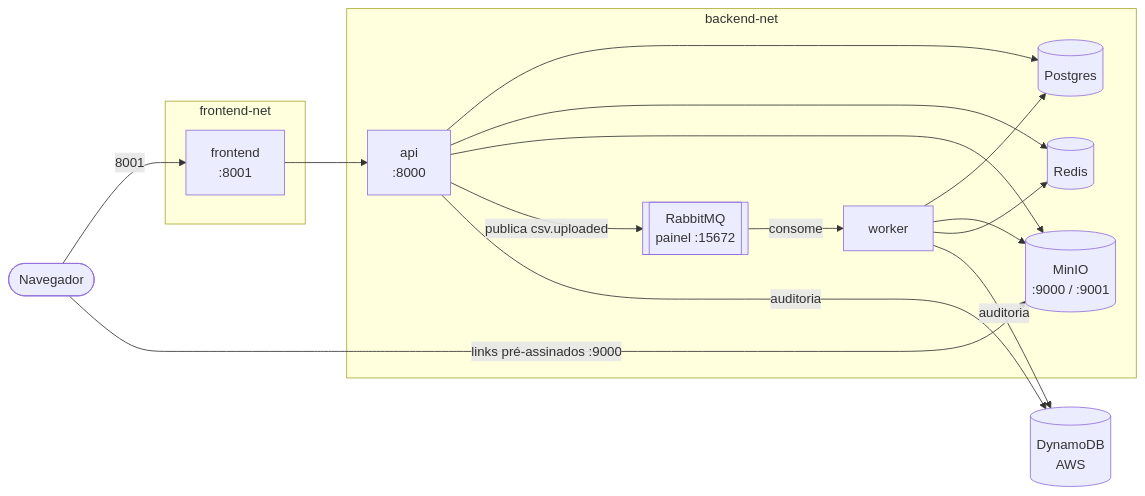
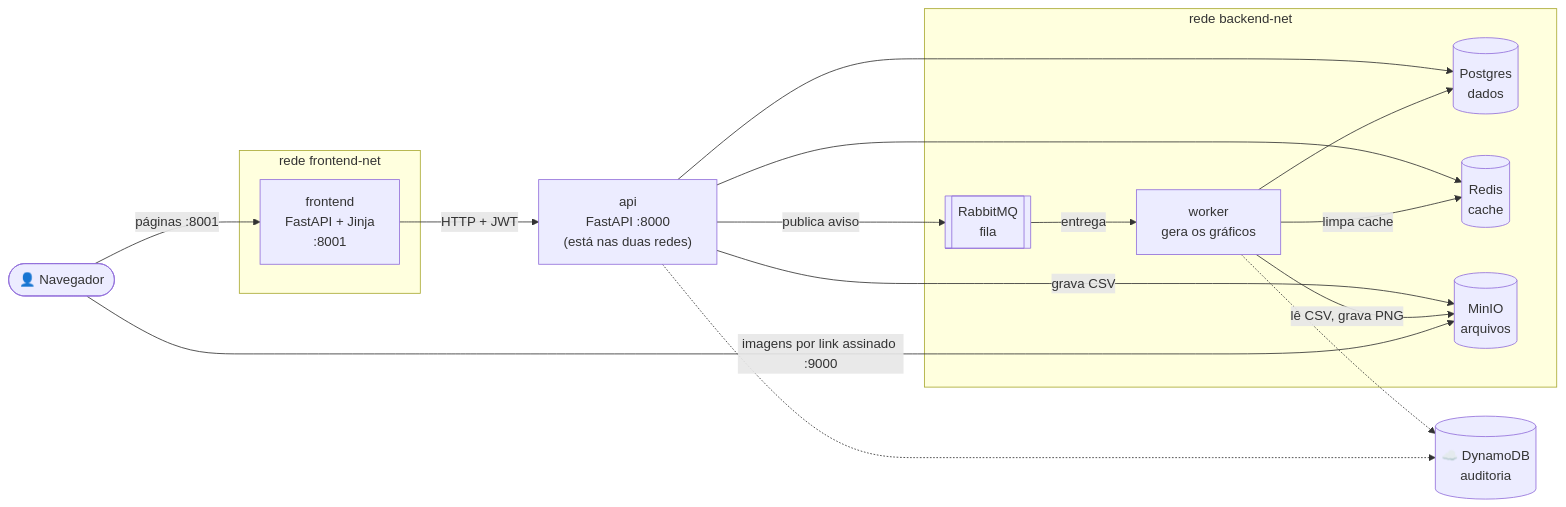
Before and after one commit to arthcf/ml-arena-backend-v2: the first of 8 diagrams in README.md, drawn with Mermaid. The commit also changed other lines of this file and 30 other files, not shown here.

````diff
--- a/README.md
+++ b/README.md
@@ -15,23 +112,34 @@
 ```mermaid
 flowchart LR
-    browser([Navegador])
-    subgraph frontend-net
-        frontend[frontend<br/>:8001]
+    browser(["👤 Navegador"])
+
+    subgraph fnet["rede frontend-net"]
+        frontend["frontend<br/>FastAPI + Jinja<br/>:8001"]
     end
-    subgraph backend-net
-        api[api<br/>:8000]
-        worker[worker]
-        db[(Postgres)]
-        redis[(Redis)]
-        rabbitmq[[RabbitMQ<br/>painel :15672]]
-        minio[(MinIO<br/>:9000 / :9001)]
+
+    api["api<br/>FastAPI :8000<br/>(está nas duas redes)"]
+
+    subgraph bnet["rede backend-net"]
+        worker["worker<br/>gera os gráficos"]
+        db[("Postgres<br/>dados")]
+        redis[("Redis<br/>cache")]
+        rabbit[["RabbitMQ<br/>fila"]]
+        minio[("MinIO<br/>arquivos")]
     end
-    dynamo[(DynamoDB<br/>AWS)]
 
-    browser -->|8001| frontend --> api
-    browser -->|links pré-assinados :9000| minio
-    api --> db & redis & minio
-    api -->|publica csv.uploaded| rabbitmq -->|consome| worker
-    worker --> db & minio & redis
-    api & worker -->|auditoria| dynamo
+    dynamo[("☁️ DynamoDB<br/>auditoria")]
+
+    browser -- "páginas :8001" --> frontend
+    frontend -- "HTTP + JWT" --> api
+    api --> db
+    api --> redis
+    api -- "grava CSV" --> minio
+    api -- "publica aviso" --> rabbit
+    rabbit -- "entrega" --> worker
+    worker -- "lê CSV, grava PNG" --> minio
+    worker --> db
+    worker -- "limpa cache" --> redis
+    api -.-> dynamo
+    worker -.-> dynamo
+    browser -- "imagens por link assinado :9000" --> minio
 ```
````
